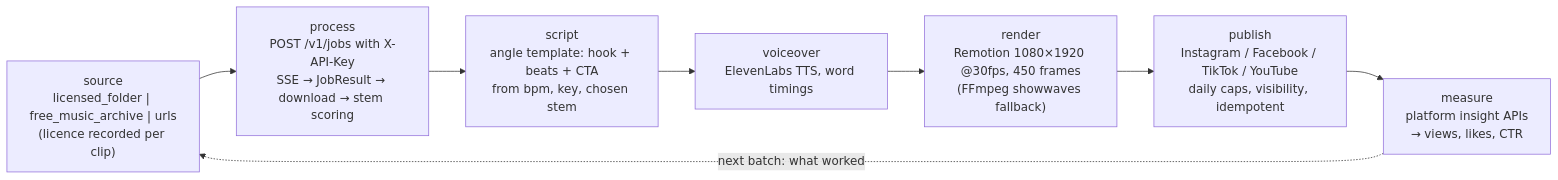
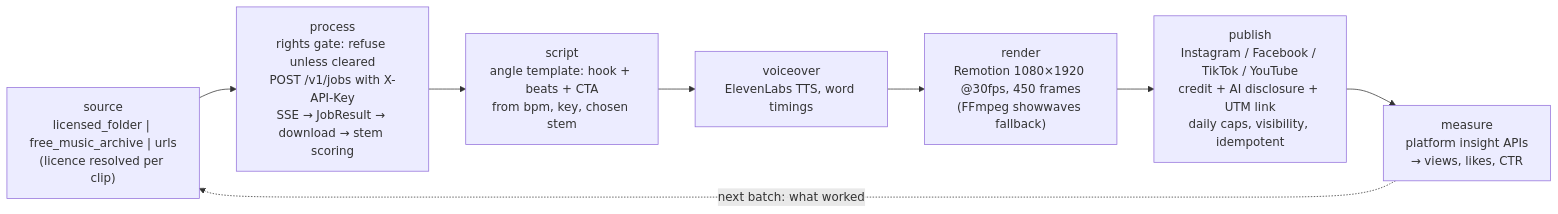
Before and after one commit to GregoryDich/GregoryDich: the first of 2 diagrams in snapplay-ai/docs/GROWTH.md, drawn with Mermaid. The commit also changed other lines of this file and 23 other files, not shown here.

````diff
--- a/snapplay-ai/docs/GROWTH.md
+++ b/snapplay-ai/docs/GROWTH.md
@@ -14,10 +14,10 @@
 ```mermaid
 flowchart LR
-    S["source\nlicensed_folder | free_music_archive | urls\n(licence recorded per clip)"] --> P["process\nPOST /v1/jobs with X-API-Key\nSSE → JobResult → download → stem scoring"]
+    S["source\nlicensed_folder | free_music_archive | urls\n(licence resolved per clip)"] --> P["process\nrights gate: refuse unless cleared\nPOST /v1/jobs with X-API-Key\nSSE → JobResult → download → stem scoring"]
     P --> W["script\nangle template: hook + beats + CTA\nfrom bpm, key, chosen stem"]
     W --> V["voiceover\nElevenLabs TTS, word timings"]
     V --> R["render\nRemotion 1080×1920 @30fps, 450 frames\n(FFmpeg showwaves fallback)"]
-    R --> PUB["publish\nInstagram / Facebook / TikTok / YouTube\ndaily caps, visibility, idempotent"]
+    R --> PUB["publish\nInstagram / Facebook / TikTok / YouTube\ncredit + AI disclosure + UTM link\ndaily caps, visibility, idempotent"]
     PUB --> M["measure\nplatform insight APIs\n→ views, likes, CTR"]
     M -. "next batch: what worked" .-> S
 ```
````
